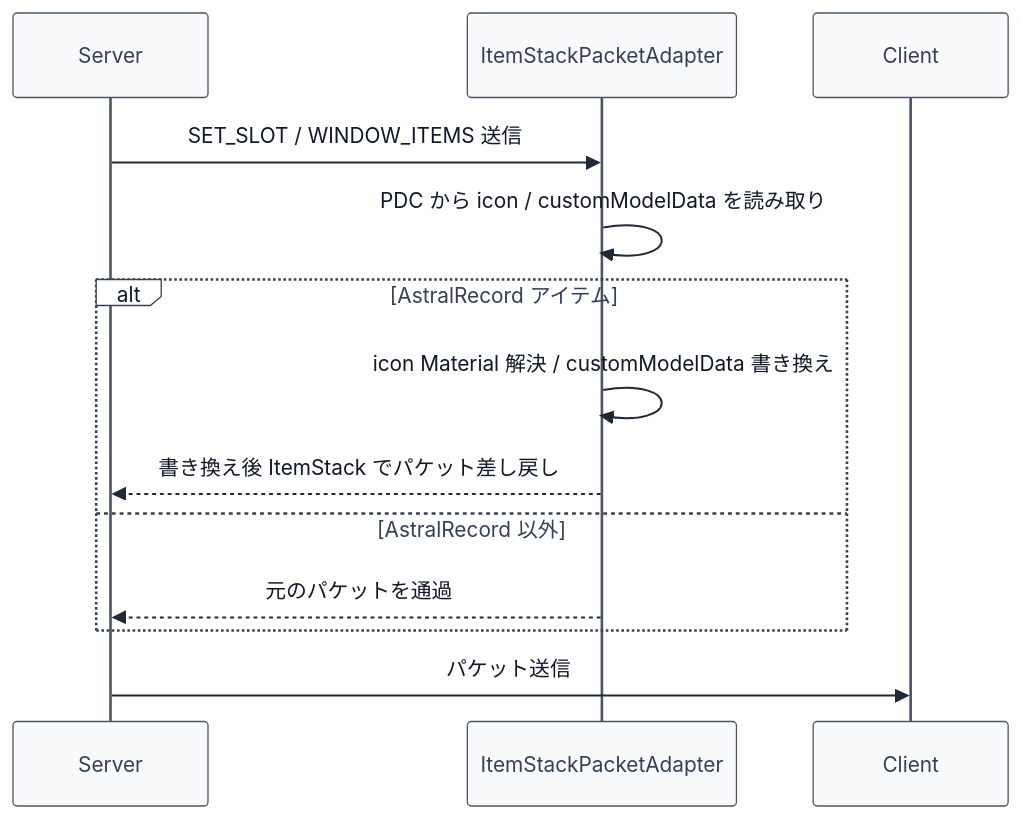
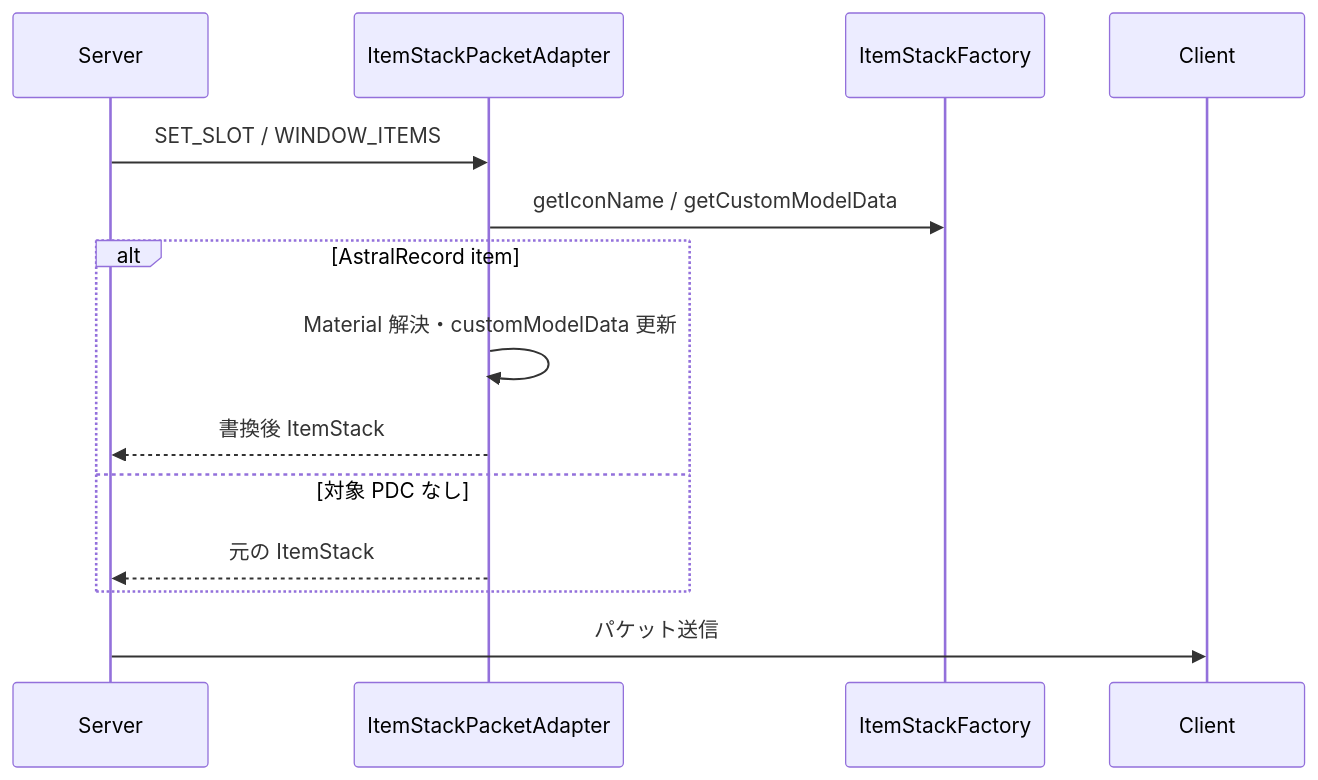
One commit to maaasu/AstralRecord-Workspace changed the third of 8 diagrams in 00_docs/10_Plugin設計書/feature/04-item/4-統合フロー/04_4.00-統合フロー.md. Above: the diagram before and after it, drawn with Mermaid. The commit also changed other lines of this file and 288 other files, not shown here.

````diff
--- a/00_docs/10_Plugin設計書/feature/04-item/4-統合フロー/04_4.00-統合フロー.md
+++ b/00_docs/10_Plugin設計書/feature/04-item/4-統合フロー/04_4.00-統合フロー.md
@@ -62,30 +70,17 @@
 ```mermaid
-%%{init: {
-  "theme": "base",
-  "themeVariables": {
-    "lineColor": "#1f2937",
-    "signalColor": "#1f2937",
-    "signalTextColor": "#111827",
-    "actorBkg": "#f8fafc",
-    "actorBorder": "#4b5563",
-    "actorTextColor": "#334155",
-    "labelBoxBkgColor": "#ffffff",
-    "labelBoxBorderColor": "#374151",
-    "labelTextColor": "#111827"
-  }
-}}%%
 sequenceDiagram
-    participant SVR as Server
-    participant ADP as ItemStackPacketAdapter
-    participant CLT as Client
+    participant S as Server
+    participant A as ItemStackPacketAdapter
+    participant F as ItemStackFactory
+    participant C as Client
 
-    SVR->>ADP: SET_SLOT / WINDOW_ITEMS 送信
-    ADP->>ADP: PDC から icon / customModelData を読み取り
-    alt AstralRecord アイテム
-        ADP->>ADP: icon Material 解決 / customModelData 書き換え
-        ADP-->>SVR: 書き換え後 ItemStack でパケット差し戻し
-    else AstralRecord 以外
-        ADP-->>SVR: 元のパケットを通過
+    S->>A: SET_SLOT / WINDOW_ITEMS
+    A->>F: getIconName / getCustomModelData
+    alt AstralRecord item
+        A->>A: Material 解決・customModelData 更新
+        A-->>S: 書換後 ItemStack
+    else 対象 PDC なし
+        A-->>S: 元の ItemStack
     end
-    SVR->>CLT: パケット送信
+    S->>C: パケット送信
 ```
````
